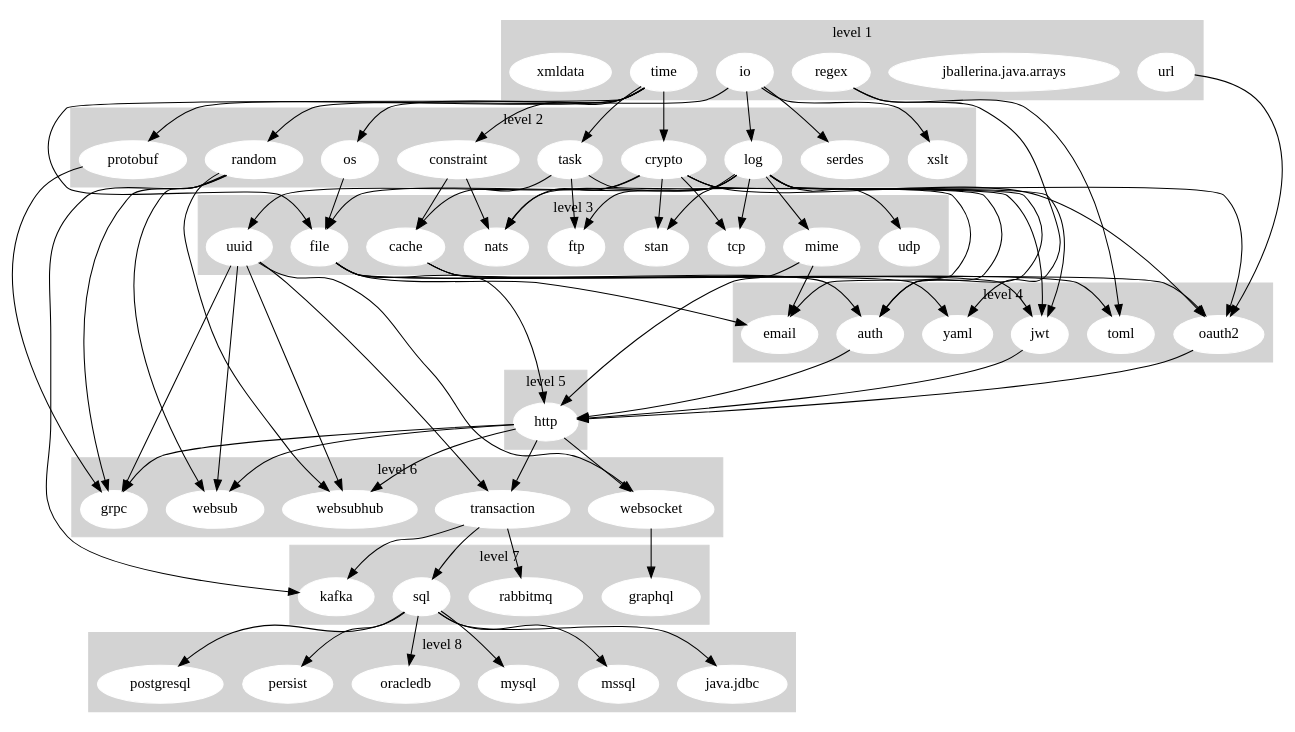
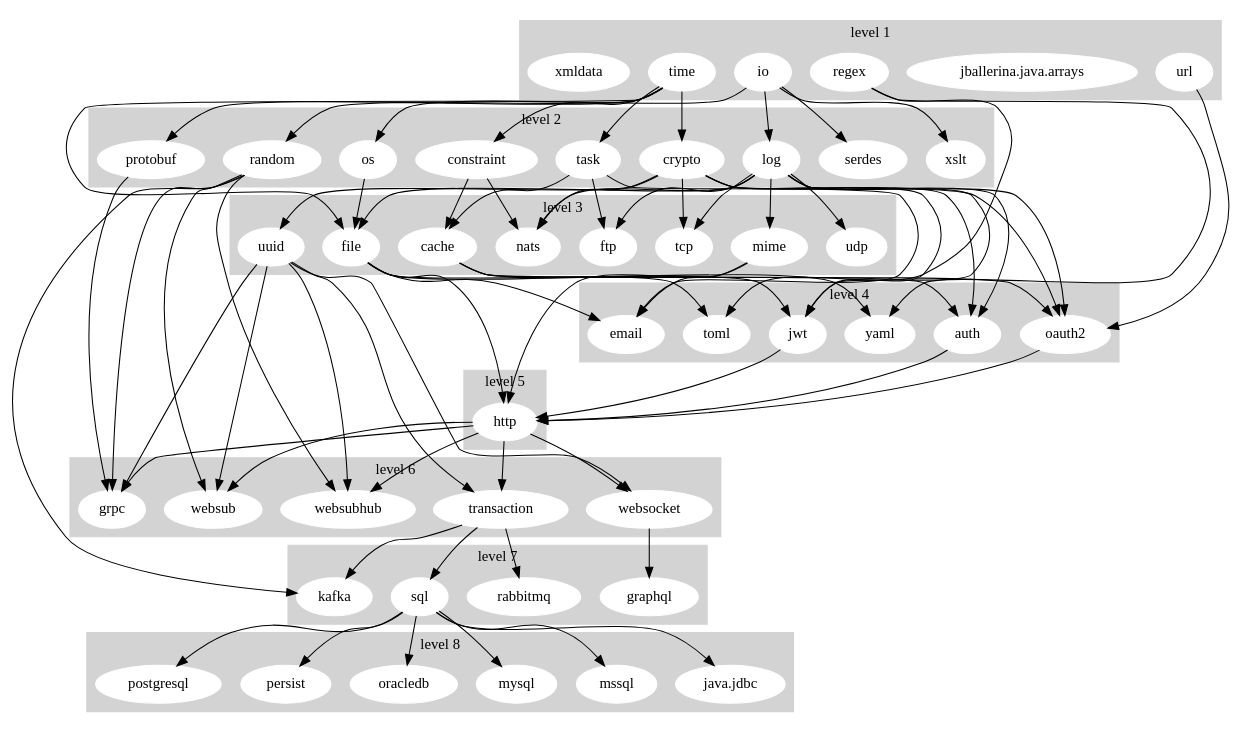
One commit to ballerina-platform/ballerina-release changed the diagram in dashboard/stdlib_graph.gv. Above: the diagram before and after it, drawn with Graphviz.

Commit message:
[Automated] Update Stdlib Dependency Graph

```diff
--- a/dashboard/stdlib_graph.gv
+++ b/dashboard/stdlib_graph.gv
@@ -1,161 +1,158 @@
 digraph "Stdlib Dependency Graph" {
 	subgraph cluster_1 {
 		node [color=white style=filled]
 		color=lightgrey style=filled
 		io
 		"jballerina.java.arrays"
 		regex
 		time
 		url
 		xmldata
 		label="level 1"
 	}
 	subgraph cluster_2 {
 		node [color=white style=filled]
 		color=lightgrey style=filled
 		constraint
 		crypto
 		log
 		os
 		protobuf
 		random
 		serdes
 		task
 		xslt
 		label="level 2"
 	}
 	subgraph cluster_3 {
 		node [color=white style=filled]
 		color=lightgrey style=filled
 		cache
 		file
 		ftp
 		mime
 		nats
-		stan
 		tcp
 		udp
 		uuid
 		label="level 3"
 	}
 	subgraph cluster_4 {
 		node [color=white style=filled]
 		color=lightgrey style=filled
 		auth
 		email
 		jwt
 		oauth2
 		toml
 		yaml
 		label="level 4"
 	}
 	subgraph cluster_5 {
 		node [color=white style=filled]
 		color=lightgrey style=filled
 		http
 		label="level 5"
 	}
 	subgraph cluster_6 {
 		node [color=white style=filled]
 		color=lightgrey style=filled
 		grpc
 		transaction
 		websocket
 		websub
 		websubhub
 		label="level 6"
 	}
 	subgraph cluster_7 {
 		node [color=white style=filled]
 		color=lightgrey style=filled
 		graphql
 		kafka
 		rabbitmq
 		sql
 		label="level 7"
 	}
 	subgraph cluster_8 {
 		node [color=white style=filled]
 		color=lightgrey style=filled
 		"java.jdbc"
 		mssql
 		mysql
 		oracledb
 		persist
 		postgresql
 		label="level 8"
 	}
 	io -> log
 	io -> os
 	io -> serdes
 	io -> xslt
 	regex -> toml
 	regex -> yaml
 	time -> constraint
 	time -> crypto
 	time -> file
 	time -> protobuf
 	time -> random
 	time -> task
 	url -> oauth2
 	constraint -> cache
 	constraint -> nats
 	crypto -> auth
 	crypto -> jwt
 	crypto -> nats
 	crypto -> oauth2
-	crypto -> stan
 	crypto -> tcp
 	crypto -> uuid
 	log -> auth
 	log -> file
 	log -> ftp
 	log -> jwt
 	log -> mime
 	log -> nats
 	log -> oauth2
-	log -> stan
 	log -> tcp
 	log -> udp
 	os -> file
 	protobuf -> grpc
 	random -> grpc
 	random -> kafka
 	random -> websub
 	random -> websubhub
 	task -> cache
 	task -> email
 	task -> ftp
 	cache -> auth
 	cache -> jwt
 	cache -> oauth2
 	file -> email
 	file -> http
 	file -> toml
 	file -> yaml
 	mime -> email
 	mime -> http
 	uuid -> grpc
 	uuid -> transaction
 	uuid -> websocket
 	uuid -> websub
 	uuid -> websubhub
 	auth -> http
 	jwt -> http
 	oauth2 -> http
 	http -> grpc
 	http -> transaction
 	http -> websocket
 	http -> websub
 	http -> websubhub
 	transaction -> kafka
 	transaction -> rabbitmq
 	transaction -> sql
 	websocket -> graphql
 	sql -> "java.jdbc"
 	sql -> mssql
 	sql -> mysql
 	sql -> oracledb
 	sql -> persist
 	sql -> postgresql
 }
```
